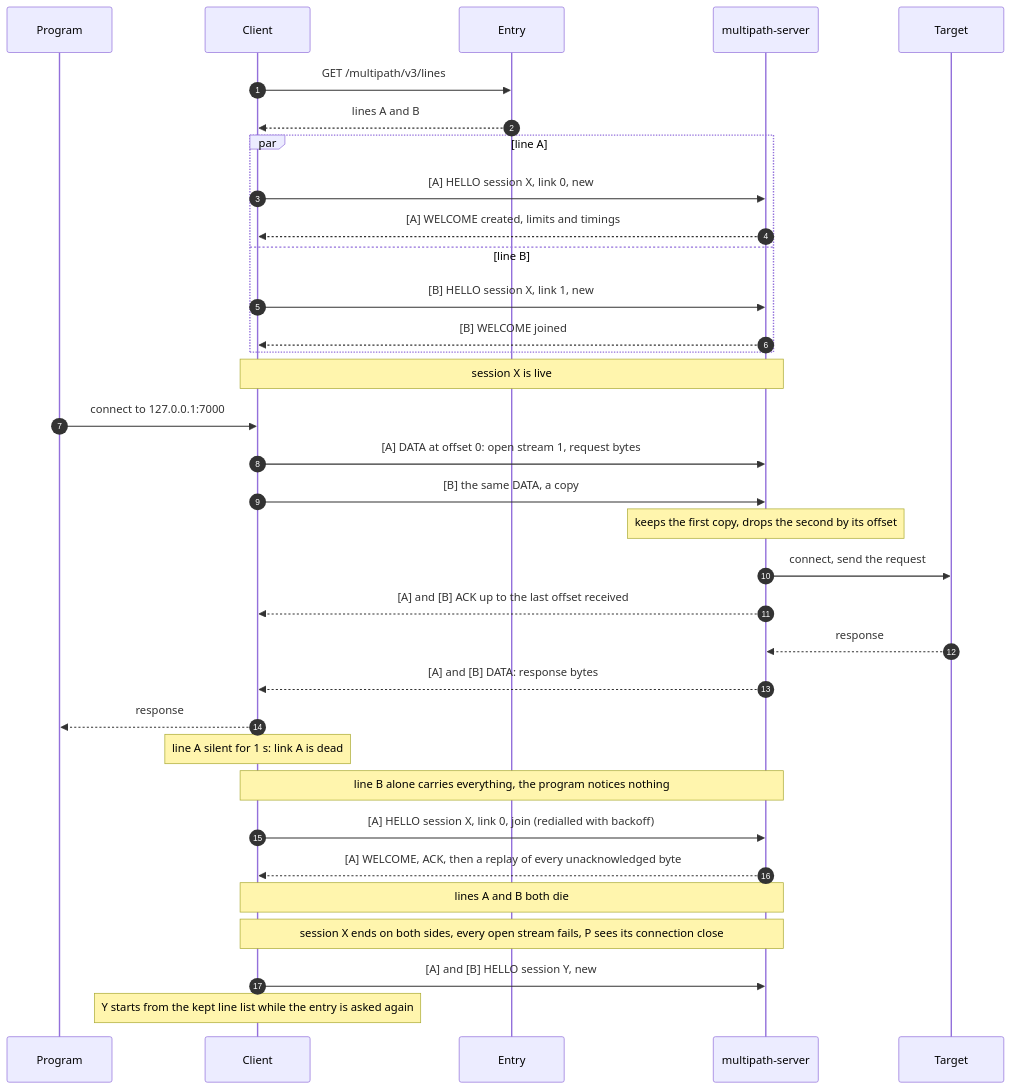
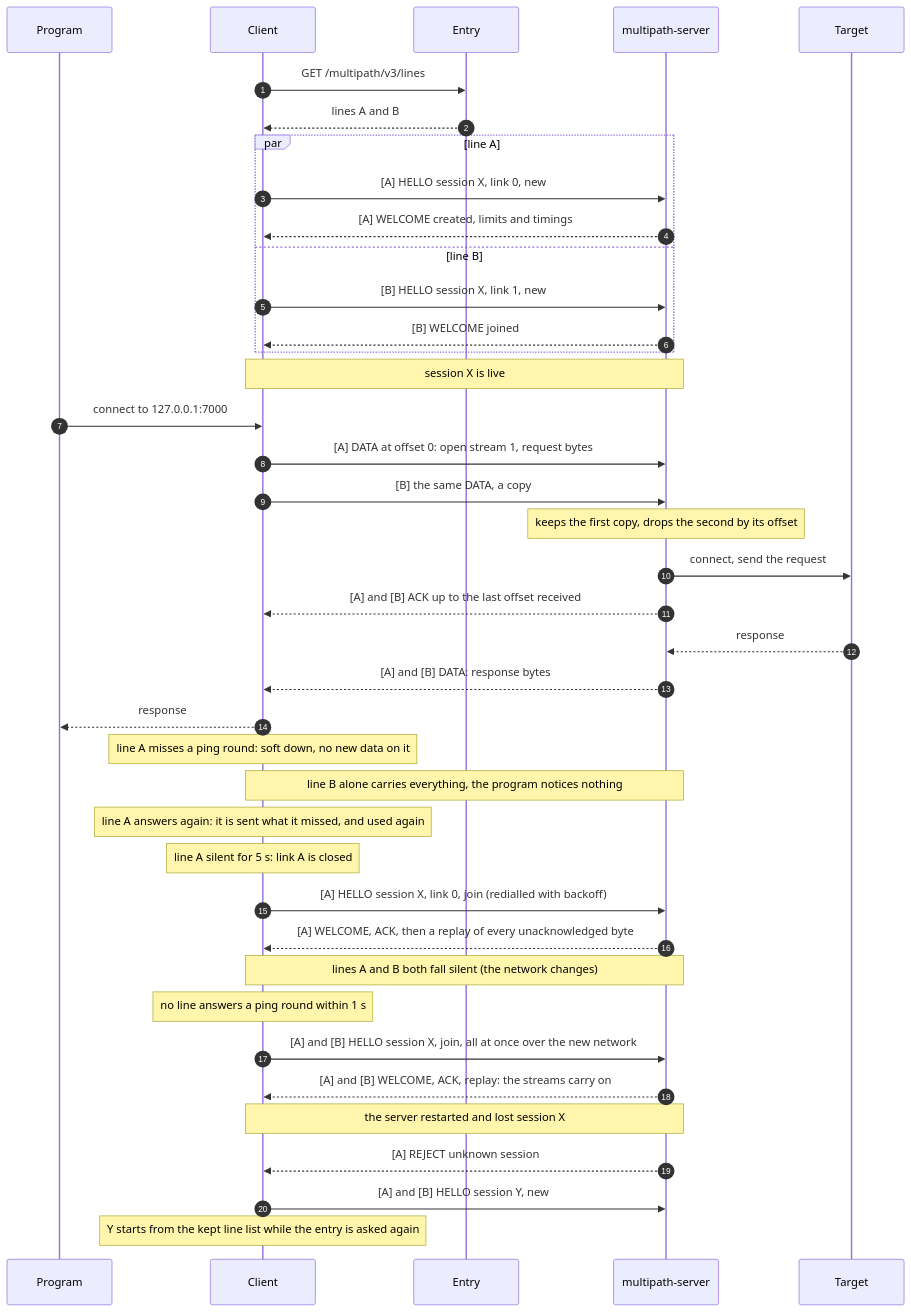
Before and after one commit to micro-teams/multipath: the third of 4 diagrams in README.md, drawn with Mermaid. The commit also changed other lines of this file and 19 other files, not shown here.

````diff
--- a/README.md
+++ b/README.md
@@ -114,40 +114,47 @@
 ```mermaid
 sequenceDiagram
   autonumber
   participant P as Program
   participant C as Client
   participant E as Entry
   participant S as multipath-server
   participant T as Target
 
   C->>E: GET /multipath/v3/lines
   E-->>C: lines A and B
   par line A
     C->>S: [A] HELLO session X, link 0, new
     S-->>C: [A] WELCOME created, limits and timings
   and line B
     C->>S: [B] HELLO session X, link 1, new
     S-->>C: [B] WELCOME joined
   end
   Note over C,S: session X is live
 
   P->>C: connect to 127.0.0.1:7000
   C->>S: [A] DATA at offset 0: open stream 1, request bytes
   C->>S: [B] the same DATA, a copy
   Note over S: keeps the first copy, drops the second by its offset
   S->>T: connect, send the request
   S-->>C: [A] and [B] ACK up to the last offset received
   T-->>S: response
   S-->>C: [A] and [B] DATA: response bytes
   C-->>P: response
 
-  Note over C: line A silent for 1 s: link A is dead
+  Note over C: line A misses a ping round: soft down, no new data on it
   Note over C,S: line B alone carries everything, the program notices nothing
+  Note over C: line A answers again: it is sent what it missed, and used again
+  Note over C: line A silent for 5 s: link A is closed
   C->>S: [A] HELLO session X, link 0, join (redialled with backoff)
   S-->>C: [A] WELCOME, ACK, then a replay of every unacknowledged byte
 
-  Note over C,S: lines A and B both die
-  Note over C,S: session X ends on both sides, every open stream fails, P sees its connection close
+  Note over C,S: lines A and B both fall silent (the network changes)
+  Note over C: no line answers a ping round within 1 s
+  C->>S: [A] and [B] HELLO session X, join, all at once over the new network
+  S-->>C: [A] and [B] WELCOME, ACK, replay: the streams carry on
+
+  Note over C,S: the server restarted and lost session X
+  S-->>C: [A] REJECT unknown session
   C->>S: [A] and [B] HELLO session Y, new
   Note over C: Y starts from the kept line list while the entry is asked again
 ```
````
